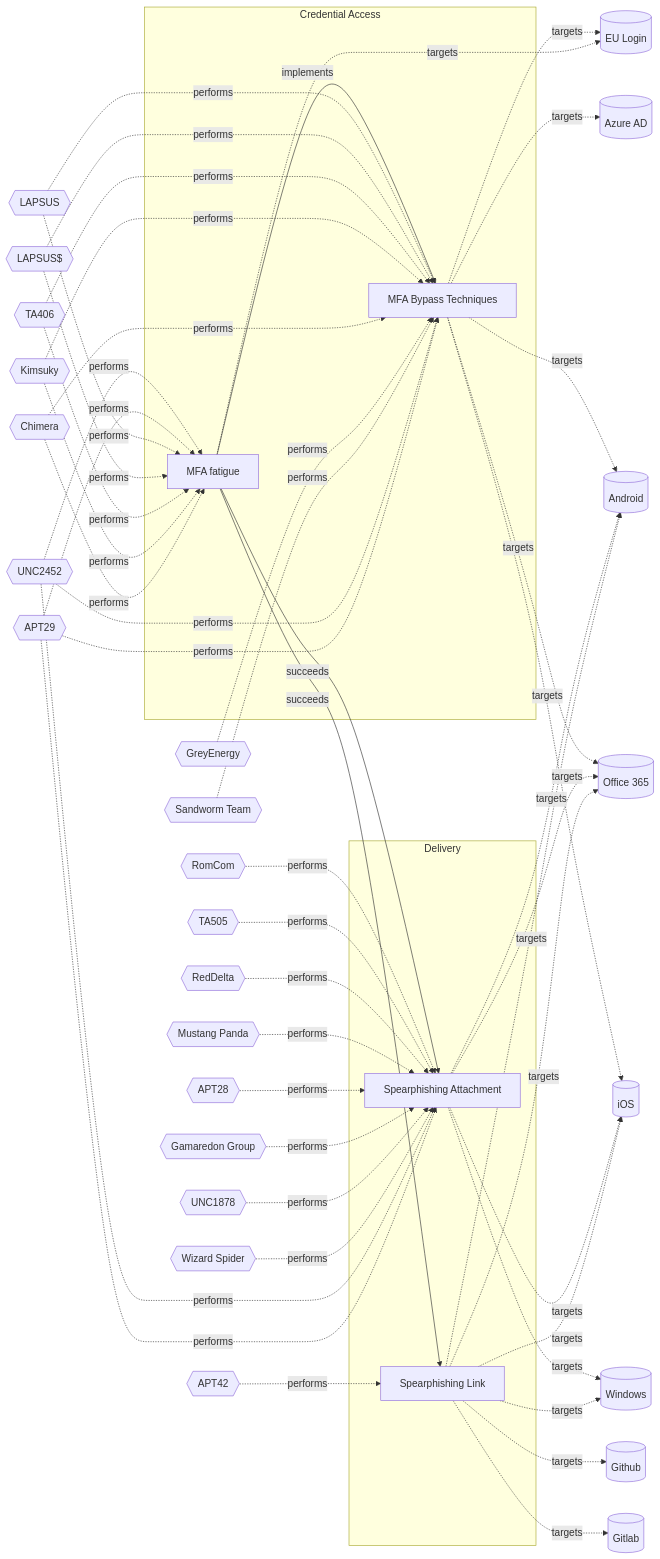
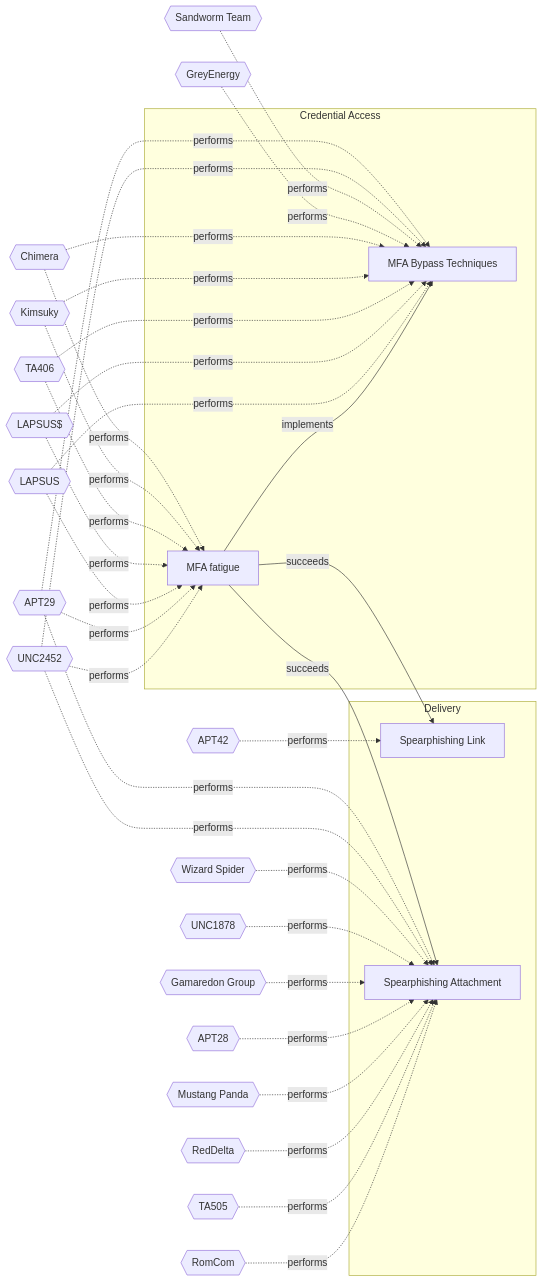
One commit to OpenTideHQ/WikiTide changed the diagram in Models/Threat Vectors/☣️ MFA fatigue.md. Above: the diagram before and after it, drawn with Mermaid. The commit also changed other lines of this file and 232 other files, not shown here.

```diff
--- a/Models/Threat Vectors/☣️ MFA fatigue.md
+++ b/Models/Threat Vectors/☣️ MFA fatigue.md
@@ -113,14 +113,6 @@
 dd5d942c-bac4-4000-b9a6-ca4fef6cfb84
 end
 
-EULogin[(EU Login)]
-Windows[(Windows)]
-Office365[(Office 365)]
-Android[(Android)]
-iOS[(iOS)]
-Github[(Github)]
-Gitlab[(Gitlab)]
-AzureAD[(Azure AD)]
 Chimera{{Chimera}}
 Kimsuky{{Kimsuky}}
 TA406{{TA406}}
@@ -140,22 +132,6 @@
 SandwormTeam{{Sandworm Team}}
 GreyEnergy{{GreyEnergy}}
 
-56500aed-5dec-42a8-a275-f1392abac979 -.->|targets| EULogin
-1a68b5eb-0112-424d-a21f-88dda0b6b8df -.->|targets| Windows
-1a68b5eb-0112-424d-a21f-88dda0b6b8df -.->|targets| Office365
-1a68b5eb-0112-424d-a21f-88dda0b6b8df -.->|targets| Android
-1a68b5eb-0112-424d-a21f-88dda0b6b8df -.->|targets| iOS
-1a68b5eb-0112-424d-a21f-88dda0b6b8df -.->|targets| Github
-1a68b5eb-0112-424d-a21f-88dda0b6b8df -.->|targets| Gitlab
-dd5d942c-bac4-4000-b9a6-ca4fef6cfb84 -.->|targets| Windows
-dd5d942c-bac4-4000-b9a6-ca4fef6cfb84 -.->|targets| Office365
-dd5d942c-bac4-4000-b9a6-ca4fef6cfb84 -.->|targets| Android
-dd5d942c-bac4-4000-b9a6-ca4fef6cfb84 -.->|targets| iOS
-4a807ac4-f764-41b1-ae6f-94239041d349 -.->|targets| Android
-4a807ac4-f764-41b1-ae6f-94239041d349 -.->|targets| iOS
-4a807ac4-f764-41b1-ae6f-94239041d349 -.->|targets| EULogin
-4a807ac4-f764-41b1-ae6f-94239041d349 -.->|targets| AzureAD
-4a807ac4-f764-41b1-ae6f-94239041d349 -.->|targets| Office365
 Chimera -.-> |performs| 56500aed-5dec-42a8-a275-f1392abac979
 Kimsuky -.-> |performs| 56500aed-5dec-42a8-a275-f1392abac979
 TA406 -.-> |performs| 56500aed-5dec-42a8-a275-f1392abac979
```
